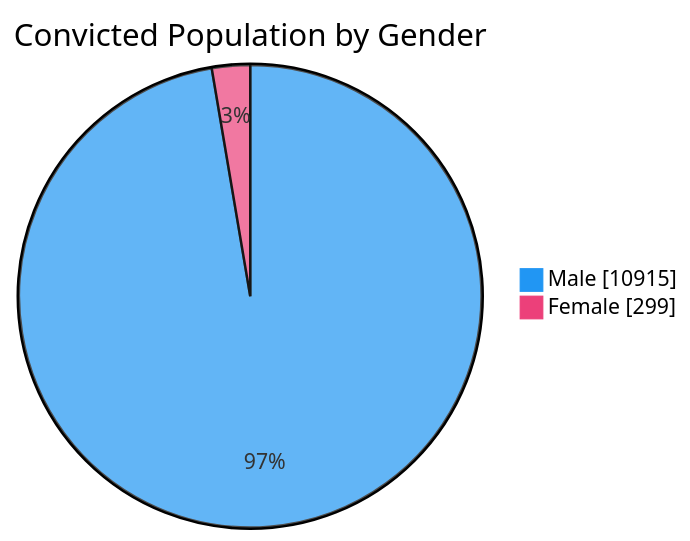
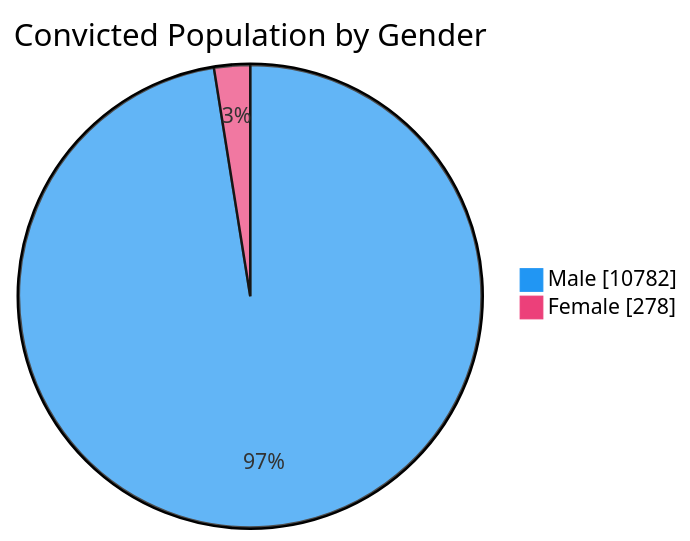
One commit to nuuuwan/lk_prisons changed the third of 7 diagrams in README.md. Above: the diagram before and after it, drawn with Mermaid. The commit also changed other lines of this file and 1 other file, not shown here.

````diff
--- a/README.md
+++ b/README.md
@@ -65,6 +65,6 @@
 ```mermaid
 %%{init: {'themeVariables': {'pie1': '#2196F3', 'pie2': '#EC407A'}}}%%
 pie showData title Convicted Population by Gender
-    "Male" : 10915
-    "Female" : 299
+    "Male" : 10782
+    "Female" : 278
 ```
````
